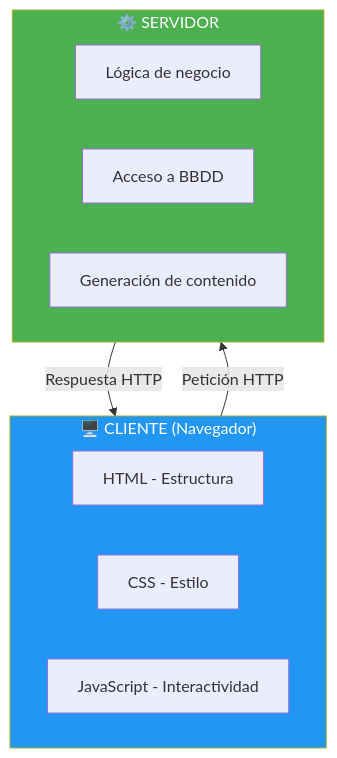
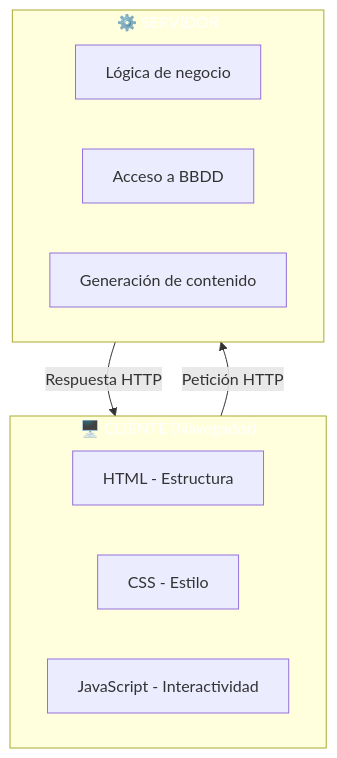
The third of 4 diagrams in 01-introduccion-web.md (joseluisgs/DesarrolloWebEntornosServidor-01-2026-2027), drawn with Mermaid before and after one commit. The commit also changed other lines of this file and 66 other files, not shown here.

First line of the commit message:
fix: normalizar titulos al castellano de frase y corregir la paleta de mermaid

````diff
--- a/01-introduccion-web.md
+++ b/01-introduccion-web.md
@@ -120,20 +120,20 @@
 ```mermaid
 graph TD
     subgraph CLIENTE["🖥️ CLIENTE (Navegador)"]
         A1["HTML - Estructura"]
         A2["CSS - Estilo"]
         A3["JavaScript - Interactividad"]
     end
 
     subgraph SERVIDOR["⚙️ SERVIDOR"]
         B1["Lógica de negocio"]
         B2["Acceso a BBDD"]
         B3["Generación de contenido"]
     end
 
     CLIENTE -->|"Petición HTTP"| SERVIDOR
     SERVIDOR -->|"Respuesta HTTP"| CLIENTE
 
-    style CLIENTE fill:#2196F3,color:#fff
-    style SERVIDOR fill:#4CAF50,color:#fff
+    style CLIENTE fill:#2196F,color:#fff3,color:#fff
+    style SERVIDOR fill:#4CAF5,color:#fff0,color:#fff
 ```
````
